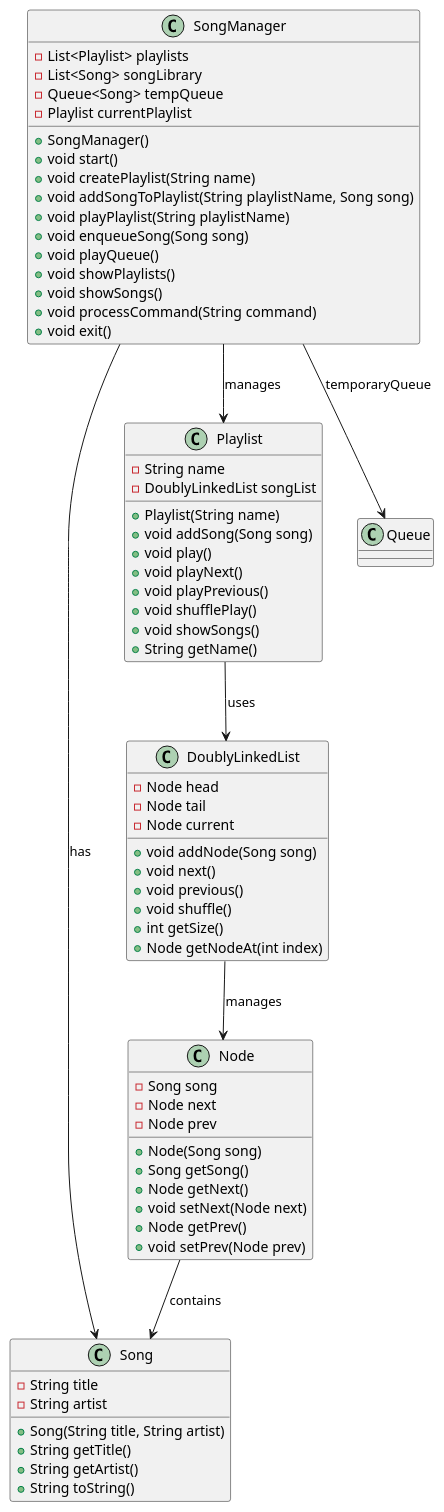
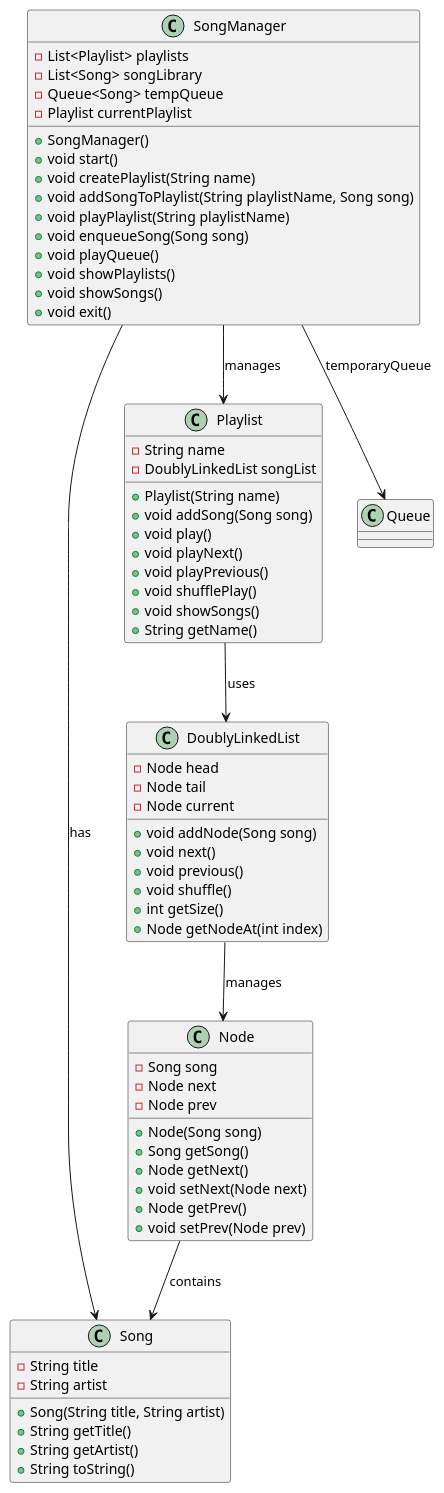
Before and after one commit to khalxdb/Java-Group-Assigment: the diagram in doc/umldiagram.puml, drawn with PlantUML. The commit also changed 12 other files, not shown here.

```diff
--- a/doc/umldiagram.puml
+++ b/doc/umldiagram.puml
@@ -1,80 +1,79 @@
 @startuml
 
 ' Define the Song class
 class Song {
     - String title
     - String artist
     + Song(String title, String artist)
     + String getTitle()
     + String getArtist()
     + String toString()
 }
 
 ' Define the Node class
 class Node {
     - Song song
     - Node next
     - Node prev
     + Node(Song song)
     + Song getSong()
     + Node getNext()
     + void setNext(Node next)
     + Node getPrev()
     + void setPrev(Node prev)
 }
 
 ' Define the DoublyLinkedList class
 class DoublyLinkedList {
     - Node head
     - Node tail
     - Node current
     + void addNode(Song song)
     + void next()
     + void previous()
     + void shuffle()
     + int getSize()
     + Node getNodeAt(int index)
 }
 
 ' Define the Playlist class
 class Playlist {
     - String name
     - DoublyLinkedList songList
     + Playlist(String name)
     + void addSong(Song song)
     + void play()
     + void playNext()
     + void playPrevious()
     + void shufflePlay()
     + void showSongs()
     + String getName()
 }
 
 ' Define the SongManager class
 class SongManager {
     - List<Playlist> playlists
     - List<Song> songLibrary
     - Queue<Song> tempQueue
     - Playlist currentPlaylist
     + SongManager()
     + void start()
     + void createPlaylist(String name)
     + void addSongToPlaylist(String playlistName, Song song)
     + void playPlaylist(String playlistName)
     + void enqueueSong(Song song)
     + void playQueue()
     + void showPlaylists()
     + void showSongs()
-    + void processCommand(String command)
     + void exit()
 }
 
 ' Relationships between classes
 Node --> Song : contains
 DoublyLinkedList --> Node : manages
 Playlist --> DoublyLinkedList : uses
 SongManager --> Playlist : manages
 SongManager --> Song : has
 SongManager --> Queue : temporaryQueue
 
 @enduml
```
